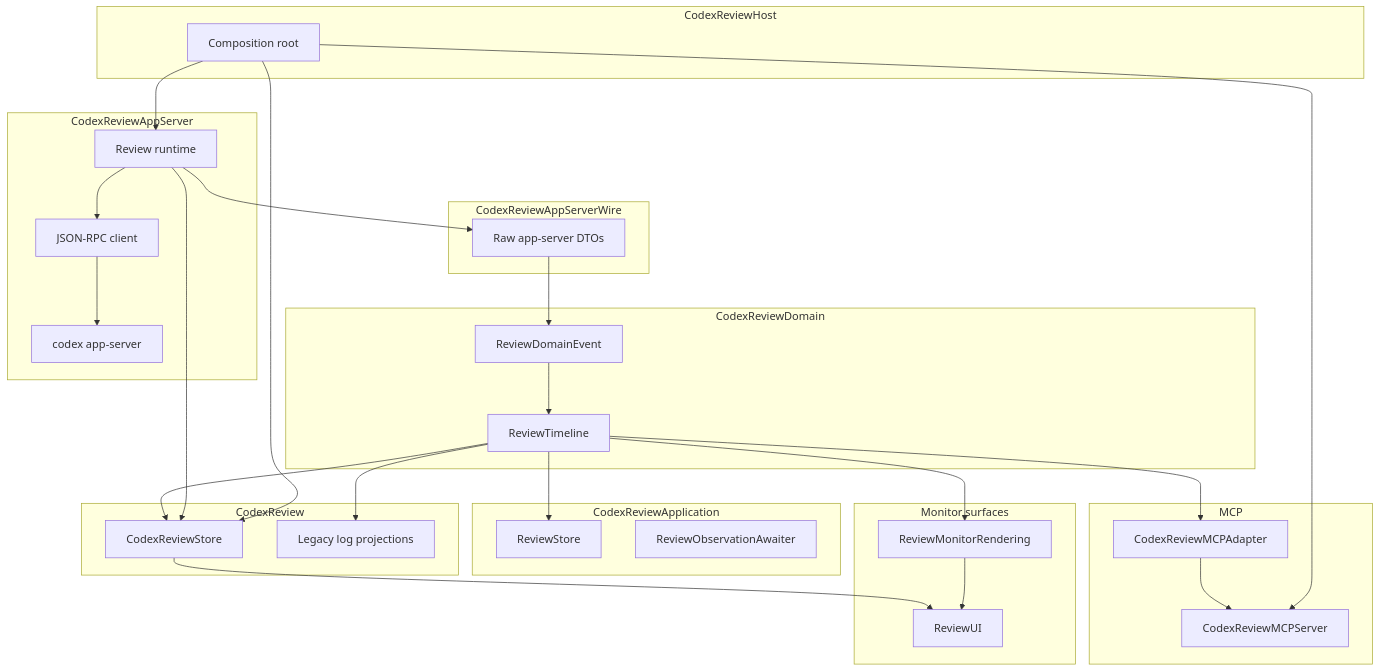
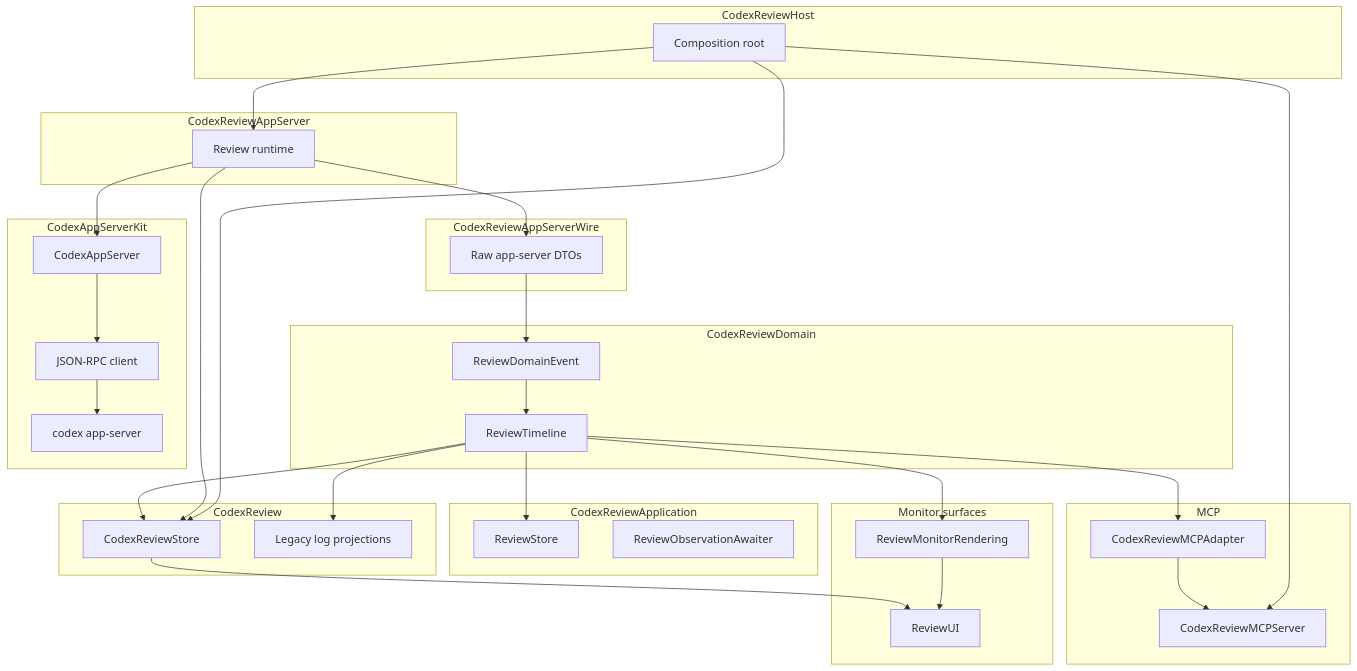
Before and after one commit to lynnswap/CodexReviewKit: the diagram in Docs/architecture.md, drawn with Mermaid. The commit also changed other lines of this file and 22 other files, not shown here.

Commit message:
feat(app-server): add CodexAppServerKit

````diff
--- a/Docs/architecture.md
+++ b/Docs/architecture.md
@@ -75,59 +84,64 @@
 ```mermaid
 flowchart TB
     subgraph Domain["CodexReviewDomain"]
         DomainEvents["ReviewDomainEvent"]
         Timeline["ReviewTimeline"]
     end
 
     subgraph Application["CodexReviewApplication"]
         AppStore["ReviewStore"]
         Awaiter["ReviewObservationAwaiter"]
     end
 
     subgraph Product["CodexReview"]
         PublicStore["CodexReviewStore"]
         LegacyProjection["Legacy log projections"]
     end
 
     subgraph Wire["CodexReviewAppServerWire"]
         WireDTO["Raw app-server DTOs"]
     end
 
+    subgraph Kit["CodexAppServerKit"]
+        DomainAPI["CodexAppServer"]
+        Client["JSON-RPC client"]
+        Process["codex app-server"]
+    end
+
     subgraph AppServer["CodexReviewAppServer"]
-        Client["JSON-RPC client"]
         Runtime["Review runtime"]
-        Process["codex app-server"]
     end
 
     subgraph MCP["MCP"]
         MCPAdapter["CodexReviewMCPAdapter"]
         MCPServer["CodexReviewMCPServer"]
     end
 
     subgraph Monitor["Monitor surfaces"]
         Renderer["ReviewMonitorRendering"]
         UI["ReviewUI"]
     end
 
     subgraph Host["CodexReviewHost"]
         Composition["Composition root"]
     end
 
     WireDTO --> DomainEvents
     DomainEvents --> Timeline
     Timeline --> AppStore
     Timeline --> PublicStore
     Timeline --> LegacyProjection
     Timeline --> MCPAdapter
     Timeline --> Renderer
     PublicStore --> UI
     Renderer --> UI
     MCPAdapter --> MCPServer
+    DomainAPI --> Client
+    Client --> Process
+    Runtime --> DomainAPI
     Runtime --> WireDTO
     Runtime --> PublicStore
-    Client --> Process
-    Runtime --> Client
     Composition --> Runtime
     Composition --> MCPServer
     Composition --> PublicStore
 ```
````
